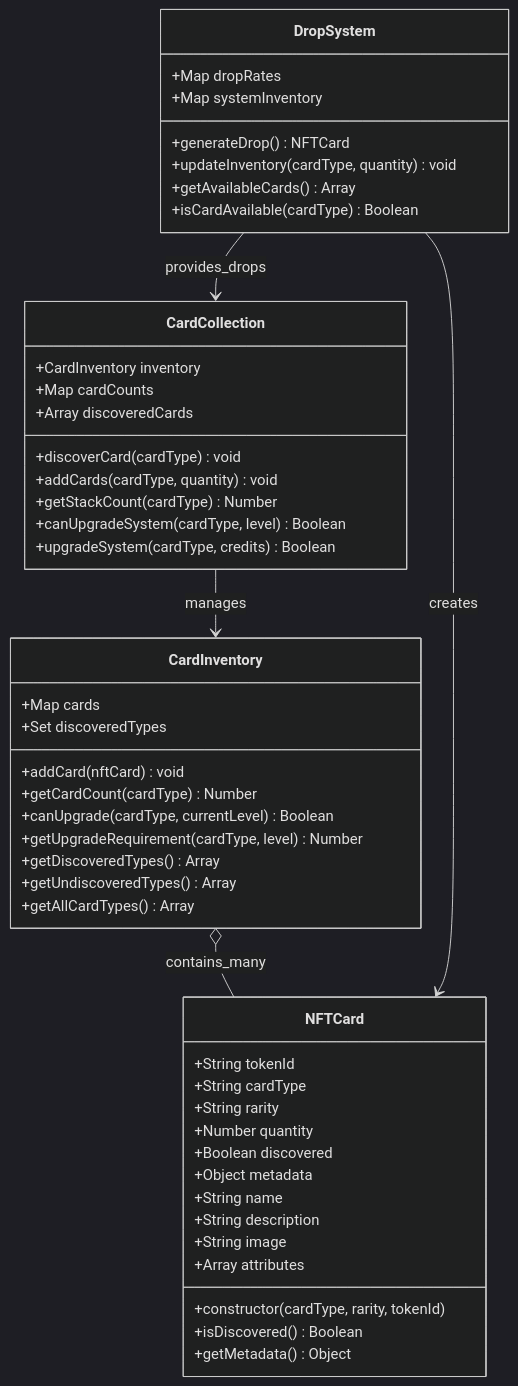
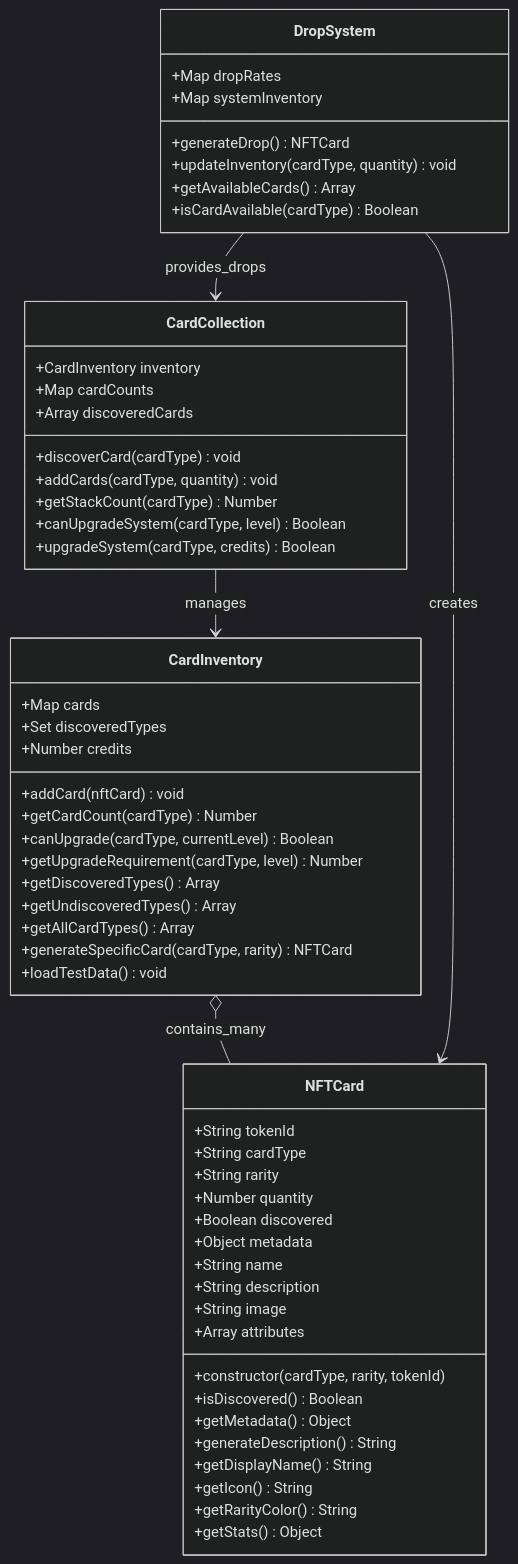
Before and after one commit to thoracle/planetz: the first of 23 diagrams in docs/system_architecture.md, drawn with Mermaid (dark theme). The commit also changed other lines of this file and 5 other files, not shown here.

````diff
--- a/docs/system_architecture.md
+++ b/docs/system_architecture.md
@@ -10,55 +12,63 @@
 ```mermaid
 classDiagram
     class NFTCard {
         +String tokenId
         +String cardType
         +String rarity
         +Number quantity
         +Boolean discovered
         +Object metadata
         +String name
         +String description
         +String image
         +Array attributes
         +constructor(cardType, rarity, tokenId)
         +isDiscovered() Boolean
         +getMetadata() Object
+        +generateDescription() String
+        +getDisplayName() String
+        +getIcon() String
+        +getRarityColor() String
+        +getStats() Object
     }
 
     class CardInventory {
         +Map cards
         +Set discoveredTypes
+        +Number credits
         +addCard(nftCard) void
         +getCardCount(cardType) Number
         +canUpgrade(cardType, currentLevel) Boolean
         +getUpgradeRequirement(cardType, level) Number
         +getDiscoveredTypes() Array
         +getUndiscoveredTypes() Array
         +getAllCardTypes() Array
+        +generateSpecificCard(cardType, rarity) NFTCard
+        +loadTestData() void
     }
 
     class CardCollection {
         +CardInventory inventory
         +Map cardCounts
         +Array discoveredCards
         +discoverCard(cardType) void
         +addCards(cardType, quantity) void
         +getStackCount(cardType) Number
         +canUpgradeSystem(cardType, level) Boolean
         +upgradeSystem(cardType, credits) Boolean
     }
 
     class DropSystem {
         +Map dropRates
         +Map systemInventory
         +generateDrop() NFTCard
         +updateInventory(cardType, quantity) void
         +getAvailableCards() Array
         +isCardAvailable(cardType) Boolean
     }
 
     CardInventory o-- NFTCard : contains_many
     CardCollection --> CardInventory : manages
     DropSystem --> NFTCard : creates
     DropSystem --> CardCollection : provides_drops
 ```
````
